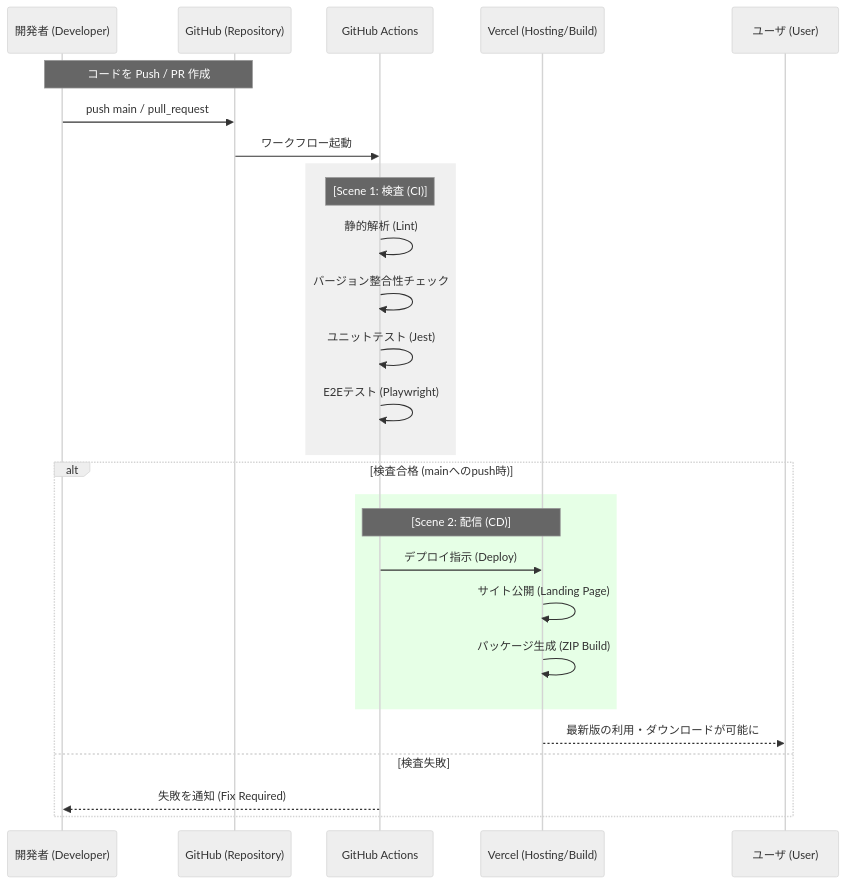
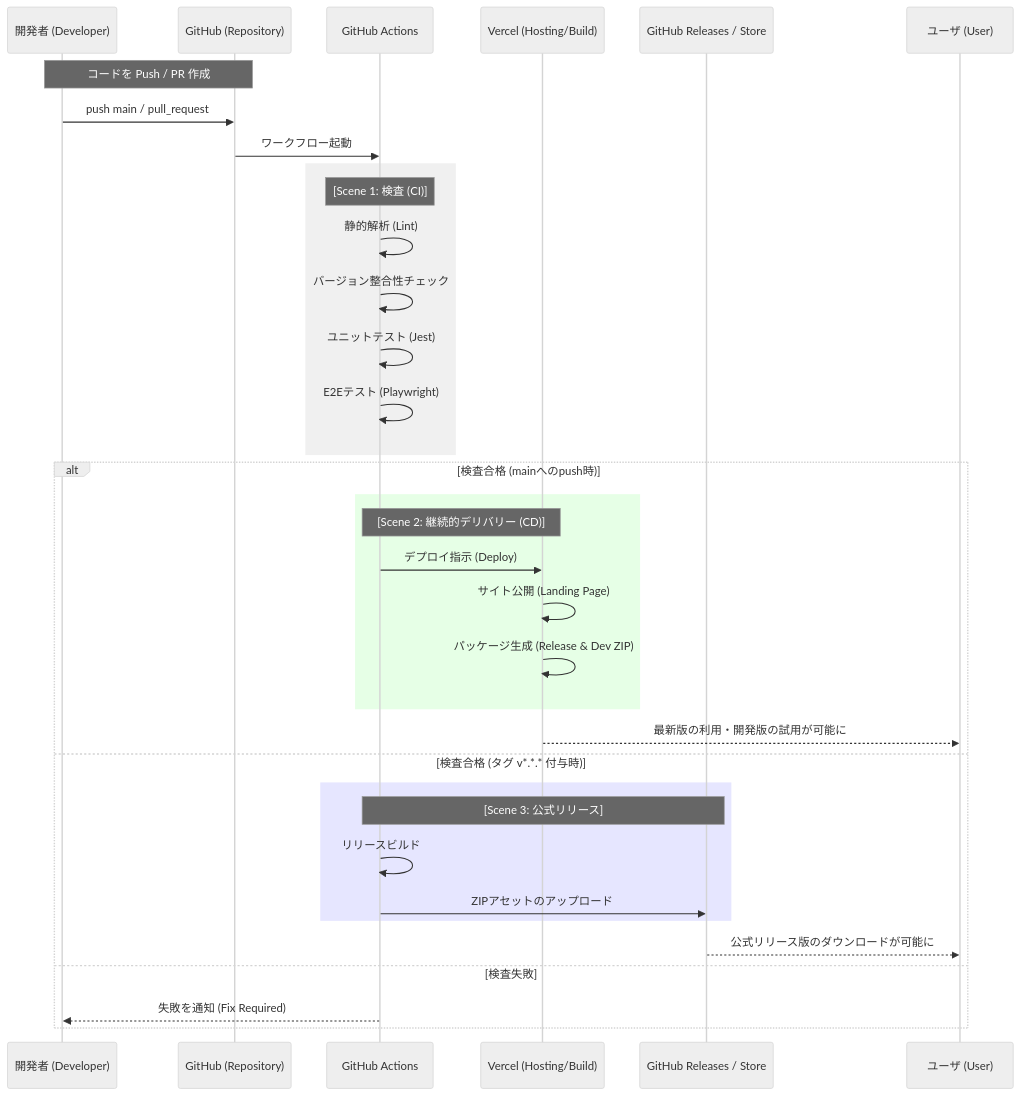
The first of 4 diagrams in docs/README_DEPLOY.md (masanori-satake/QuickLog-Solo), drawn with Mermaid (neutral theme) before and after one commit. The commit also changed other lines of this file and 8 other files, not shown here.

````diff
--- a/docs/README_DEPLOY.md
+++ b/docs/README_DEPLOY.md
@@ -28,32 +28,40 @@
 ```mermaid
 sequenceDiagram
     participant Dev as 開発者 (Developer)
     participant GH as GitHub (Repository)
     participant GHA as GitHub Actions
     participant Vercel as Vercel (Hosting/Build)
+    participant Store as GitHub Releases / Store
     participant User as ユーザ (User)
 
     Note over Dev, GH: コードを Push / PR 作成
     Dev->>GH: push main / pull_request
     GH->>GHA: ワークフロー起動
 
     rect rgb(240, 240, 240)
         Note over GHA: [Scene 1: 検査 (CI)]
         GHA->>GHA: 静的解析 (Lint)
         GHA->>GHA: バージョン整合性チェック
         GHA->>GHA: ユニットテスト (Jest)
         GHA->>GHA: E2Eテスト (Playwright)
     end
 
     alt 検査合格 (mainへのpush時)
         rect rgb(230, 255, 230)
-            Note over GHA, Vercel: [Scene 2: 配信 (CD)]
+            Note over GHA, Vercel: [Scene 2: 継続的デリバリー (CD)]
             GHA->>Vercel: デプロイ指示 (Deploy)
             Vercel->>Vercel: サイト公開 (Landing Page)
-            Vercel->>Vercel: パッケージ生成 (ZIP Build)
+            Vercel->>Vercel: パッケージ生成 (Release & Dev ZIP)
         end
-        Vercel-->>User: 最新版の利用・ダウンロードが可能に
+        Vercel-->>User: 最新版の利用・開発版の試用が可能に
+    else 検査合格 (タグ v*.*.* 付与時)
+        rect rgb(230, 230, 255)
+            Note over GHA, Store: [Scene 3: 公式リリース]
+            GHA->>GHA: リリースビルド
+            GHA->>Store: ZIPアセットのアップロード
+        end
+        Store-->>User: 公式リリース版のダウンロードが可能に
     else 検査失敗
         GHA-->>Dev: 失敗を通知 (Fix Required)
     end
 ```
````
